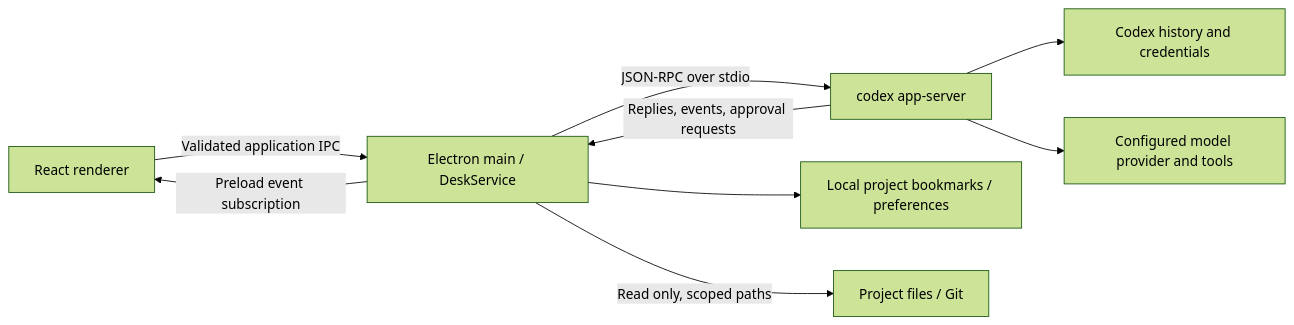
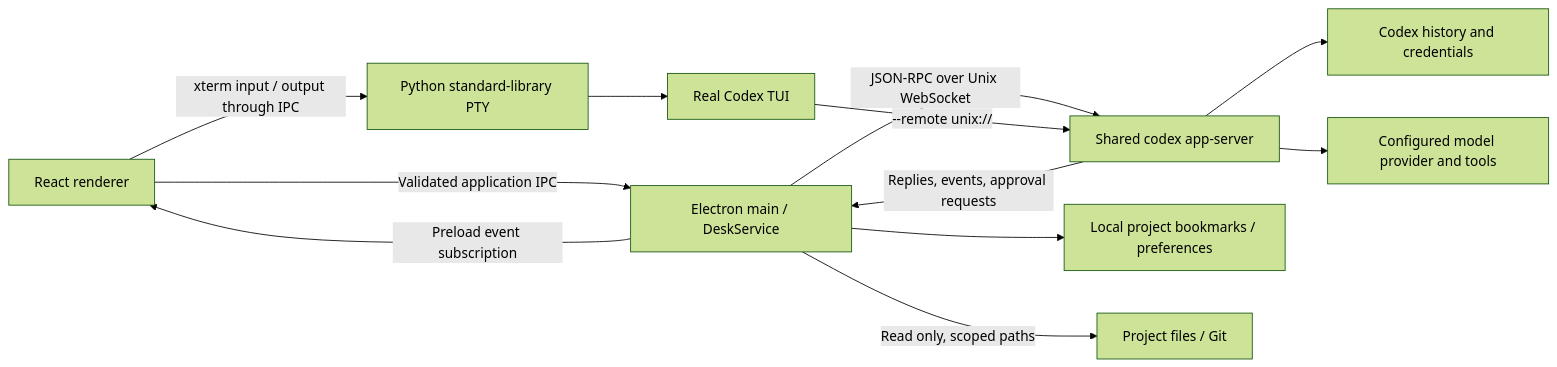
Before and after one commit to moristeven477-ship-it/codex-desk: the diagram in docs/ARCHITECTURE.md, drawn with Mermaid (forest theme). The commit also changed other lines of this file and 59 other files, not shown here.

Commit message:
Add shared Codex sessions, complete command menu and live goal controls

````diff
--- a/docs/ARCHITECTURE.md
+++ b/docs/ARCHITECTURE.md
@@ -3,11 +3,14 @@
 ```mermaid
 flowchart LR
   UI[React renderer] -->|Validated application IPC| Main[Electron main / DeskService]
-  Main -->|JSON-RPC over stdio| Codex[codex app-server]
+  Main -->|JSON-RPC over Unix WebSocket| Codex[Shared codex app-server]
+  CLI[Real Codex TUI] -->|--remote unix://| Codex
+  UI -->|xterm input / output through IPC| PTY[Python standard-library PTY]
+  PTY --> CLI
   Codex -->|Replies, events, approval requests| Main
   Main -->|Preload event subscription| UI
   Main --> Preferences[Local project bookmarks / preferences]
   Main -->|Read only, scoped paths| Files[Project files / Git]
   Codex --> History[Codex history and credentials]
   Codex --> Provider[Configured model provider and tools]
 ```
````
